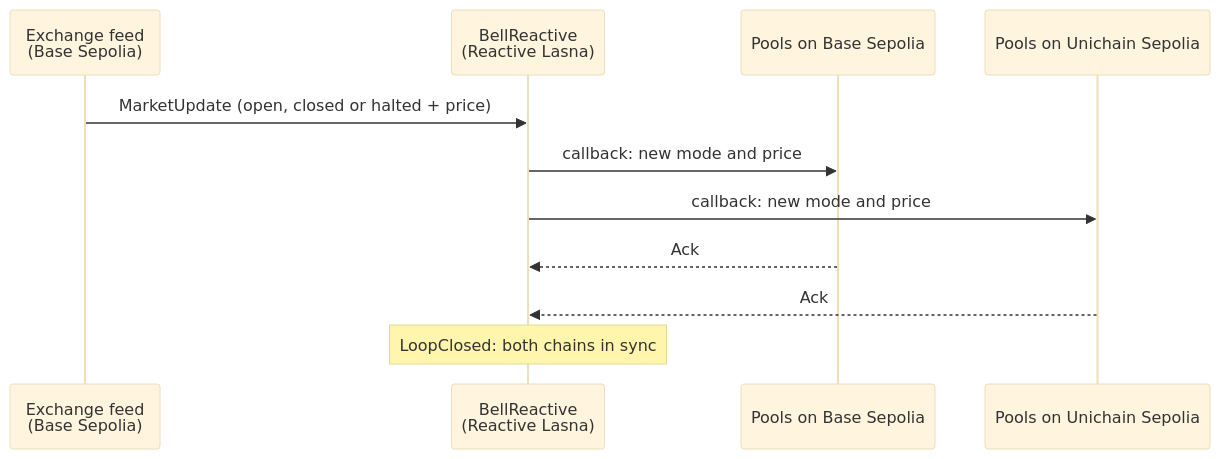
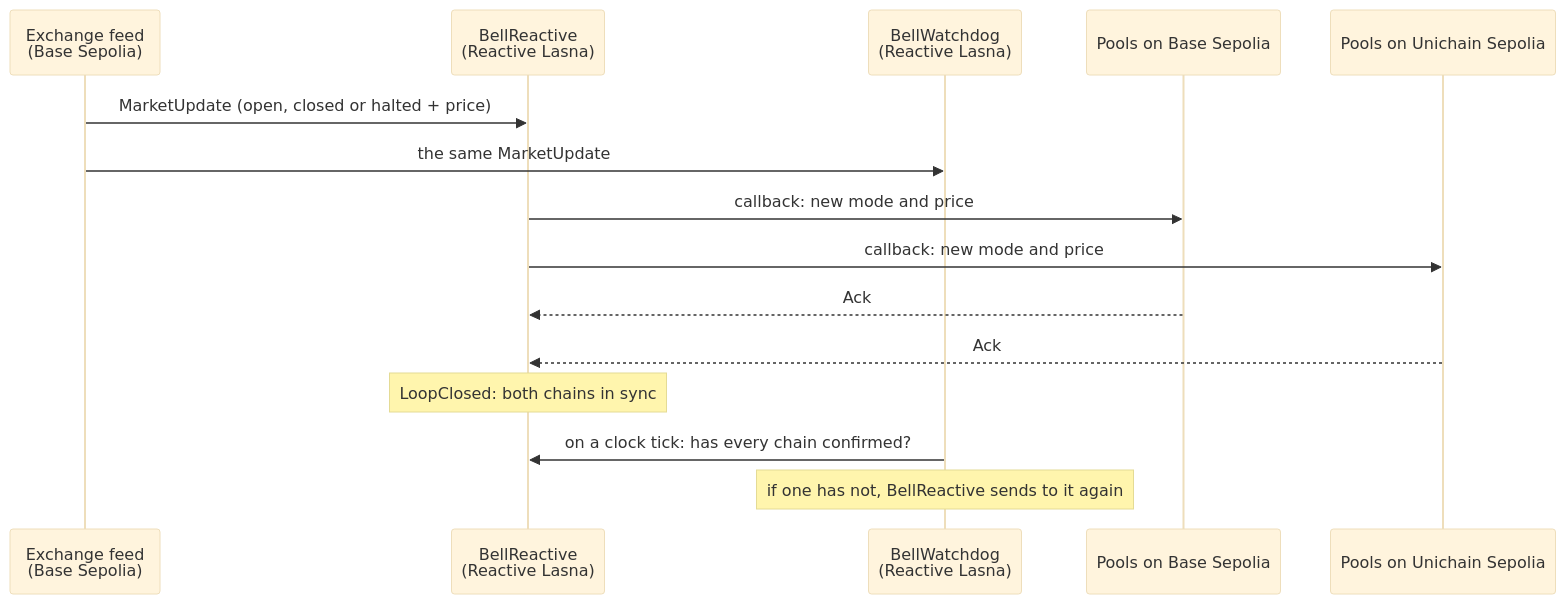
Before and after one commit to mithunscodes/OpeningBell: the diagram in README.md, drawn with Mermaid (base theme). The commit also changed other lines of this file and 1 other file, not shown here.

Commit message:
README: watchdog in the summary and diagram, screenshot of the demo page

````diff
--- a/README.md
+++ b/README.md
@@ -28,13 +31,17 @@
 ```mermaid
 sequenceDiagram
     participant X as Exchange feed<br/>(Base Sepolia)
     participant R as BellReactive<br/>(Reactive Lasna)
+    participant W as BellWatchdog<br/>(Reactive Lasna)
     participant B as Pools on Base Sepolia
     participant U as Pools on Unichain Sepolia
     X->>R: MarketUpdate (open, closed or halted + price)
+    X->>W: the same MarketUpdate
     R->>B: callback: new mode and price
     R->>U: callback: new mode and price
     B-->>R: Ack
     U-->>R: Ack
     Note over R: LoopClosed: both chains in sync
+    W->>R: on a clock tick: has every chain confirmed?
+    Note over W: if one has not, BellReactive sends to it again
 ```
````
